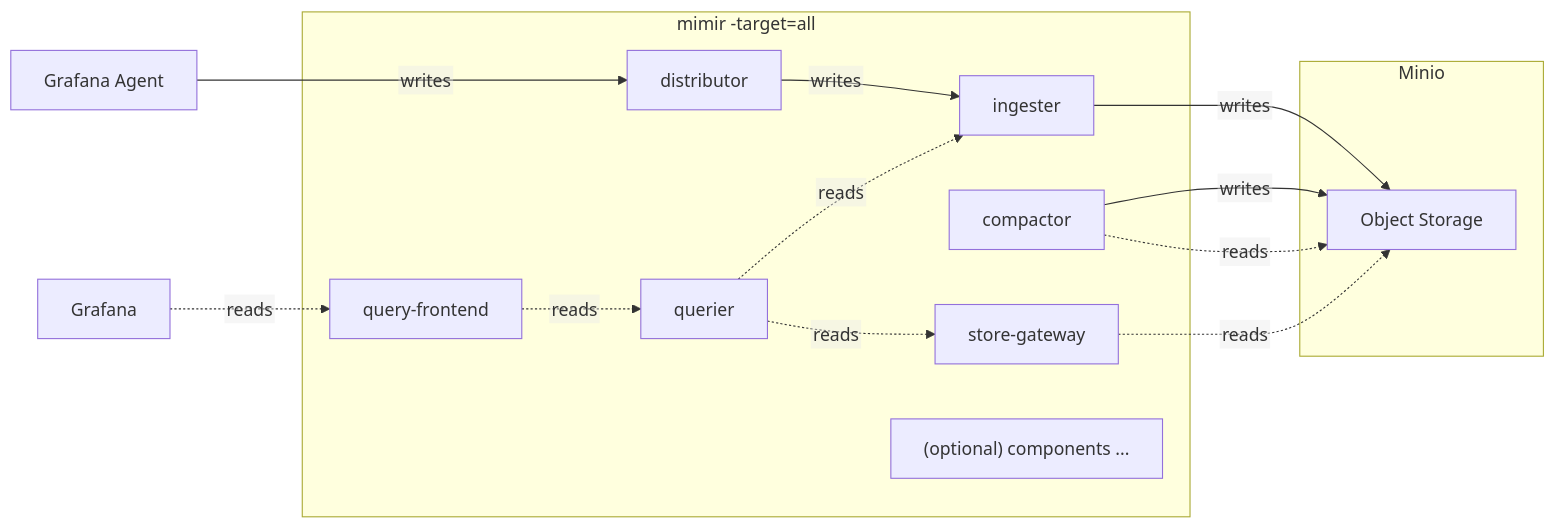
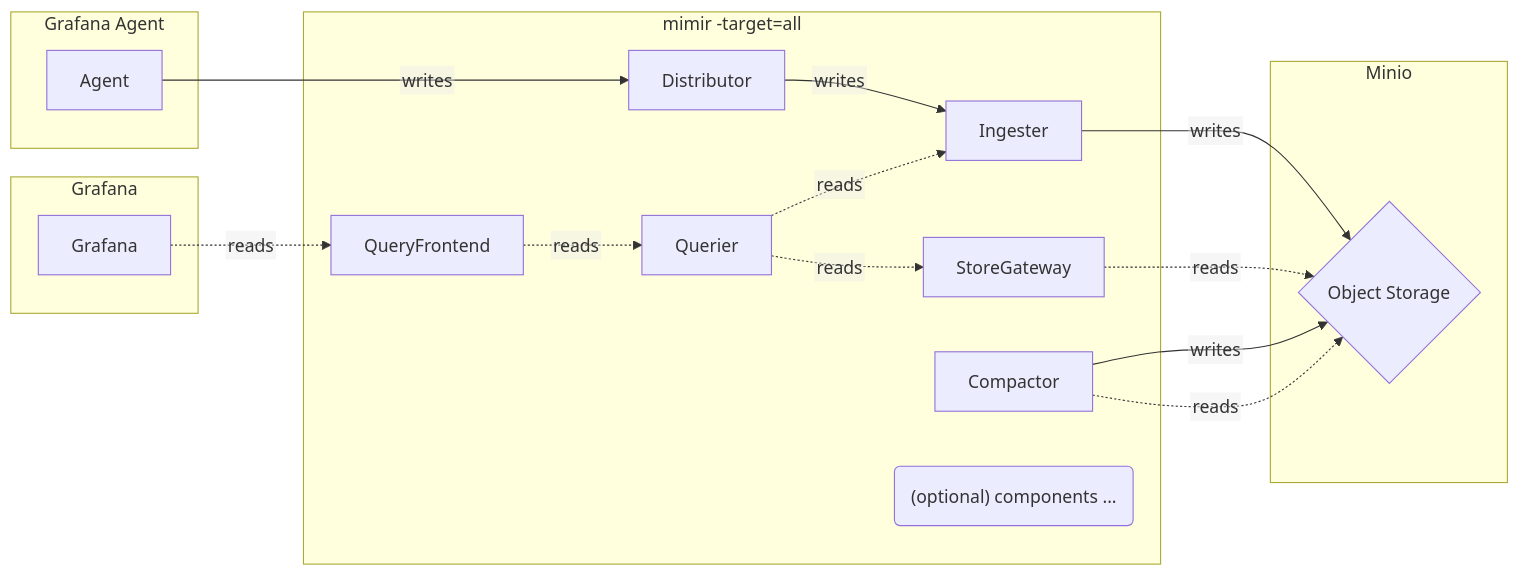
The first of 2 diagrams in docker-compose/monolithic-mode/metrics/README.md (qclaogui/codelab-monitoring), drawn with Mermaid before and after one commit. The commit also changed other lines of this file and 4 other files, not shown here.

Commit message:
Refactor flowchart code

````diff
--- a/docker-compose/monolithic-mode/metrics/README.md
+++ b/docker-compose/monolithic-mode/metrics/README.md
@@ -10,26 +10,32 @@
 ```mermaid
 %%{init: {"flowchart": {"htmlLabels": false}} }%%
 flowchart LR
-    GrafanaAgent["Grafana Agent"] ---> | writes | Distributor
-    Grafana -.-> | reads | QueryFrontend["query-frontend"]
+    Agent   --->|writes| Distributor -->   |writes| Ingester --> |writes| ObjectStorage
+    Grafana -.->|reads | QueryFrontend -.->|reads | Querier  -.->|reads | StoreGateway -.->|reads| ObjectStorage
+
+    subgraph Minio
+        ObjectStorage{"Object Storage"}
+    end
+
+    subgraph GrafanaAgent["Grafana Agent"]
+        Agent
+    end
+
+    subgraph GFGraph["Grafana"]
+        Grafana
+    end
 
     subgraph Mimir["mimir -target=all"]
-        Distributor["distributor"] --> | writes | Ingester["ingester"]
-
-        QueryFrontend -.-> | reads | Querier["querier"]
-        Querier       -.-> | reads | Ingester["ingester"]
-        Querier       -.-> | reads | StoreGateway["store-gateway"]
+        Ingester
+        Distributor
+        StoreGateway
+        QueryFrontend
+        Querier -.->|reads| Ingester
         
-        Compactor["compactor"]
+        Compactor --> |writes| ObjectStorage
+        Compactor -.->|reads | ObjectStorage
         
-        Optional["`(optional) components ...`"]
+        Optional("`(optional) components ...`")
     end
 
-    subgraph Minio
-        ObjectStorage["Object Storage"]
-    end
-
-    Ingester & Compactor     -->  | writes | ObjectStorage
-    Compactor & StoreGateway -.-> | reads  | ObjectStorage
-
 ```
````
